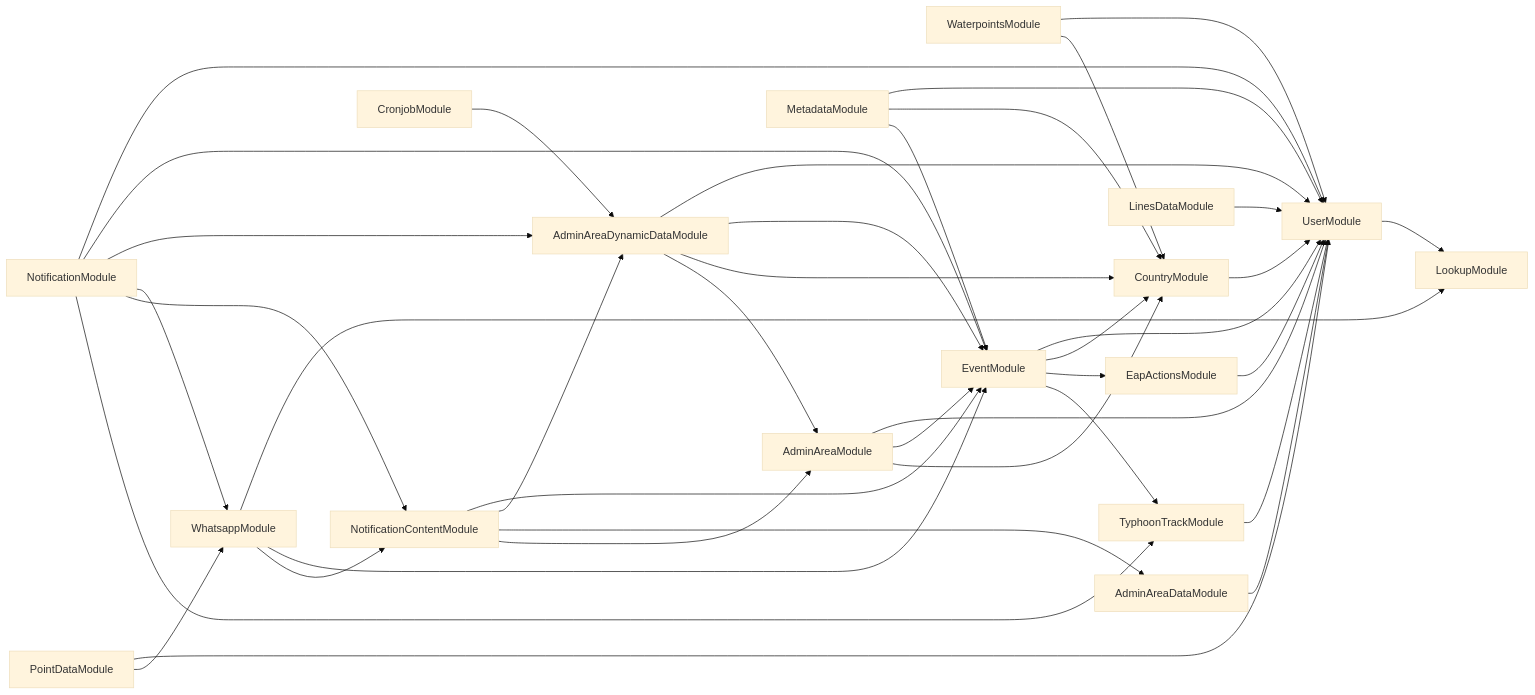
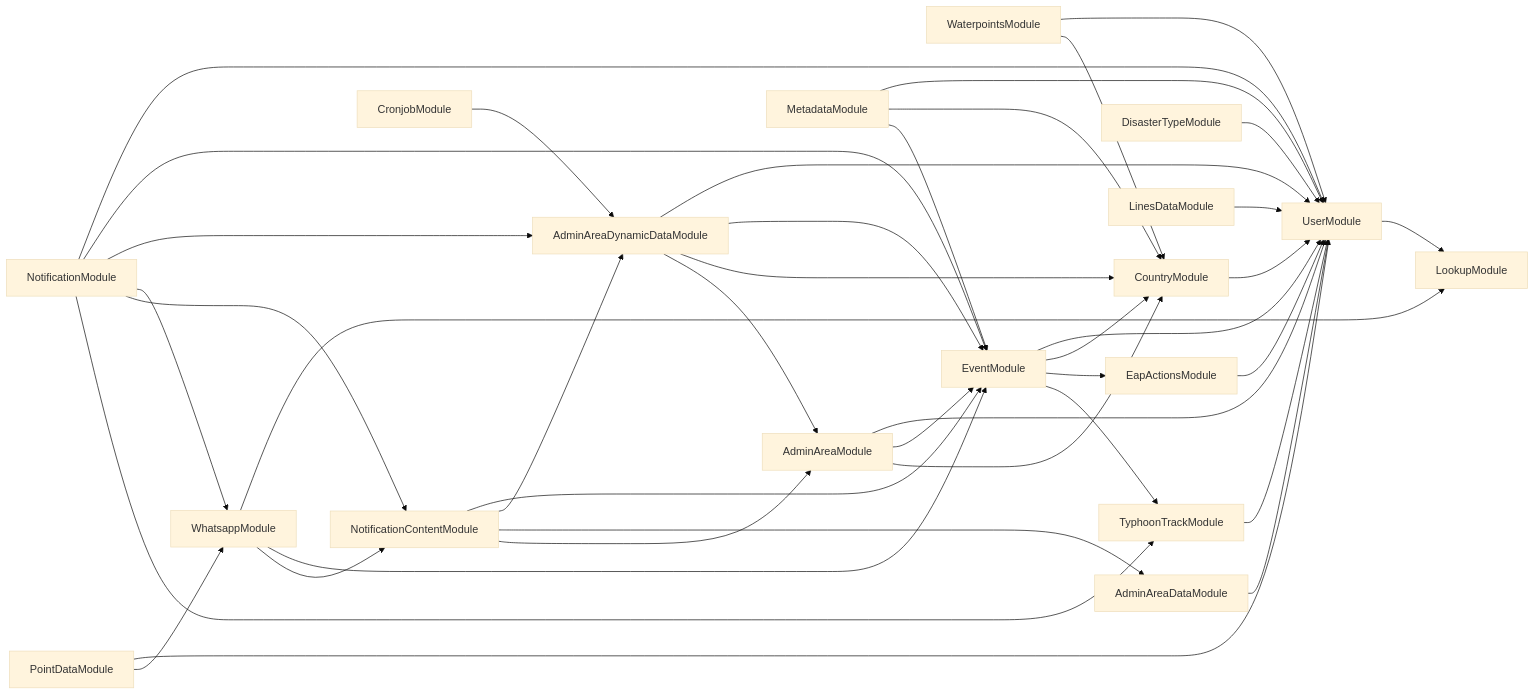
One commit to rodekruis/IBF-system changed the diagram in services/API-service/module-dependencies.md. Above: the diagram before and after it, drawn with Mermaid (base theme).

Commit message:
docs: update module dependencies

````diff
--- a/services/API-service/module-dependencies.md
+++ b/services/API-service/module-dependencies.md
@@ -3,41 +3,42 @@
 ```mermaid
 graph LR
   EapActionsModule-->UserModule
   UserModule-->LookupModule
   WaterpointsModule-->UserModule
   WaterpointsModule-->CountryModule
   CountryModule-->UserModule
   AdminAreaModule-->UserModule
   AdminAreaModule-->EventModule
   EventModule-->UserModule
   EventModule-->CountryModule
   EventModule-->EapActionsModule
   EventModule-->TyphoonTrackModule
   TyphoonTrackModule-->UserModule
   AdminAreaModule-->CountryModule
   AdminAreaDynamicDataModule-->UserModule
   AdminAreaDynamicDataModule-->EventModule
   AdminAreaDynamicDataModule-->CountryModule
   AdminAreaDynamicDataModule-->AdminAreaModule
+  DisasterTypeModule-->UserModule
   MetadataModule-->UserModule
   MetadataModule-->CountryModule
   MetadataModule-->EventModule
   PointDataModule-->UserModule
   PointDataModule-->WhatsappModule
   WhatsappModule-->LookupModule
   WhatsappModule-->EventModule
   WhatsappModule-->NotificationContentModule
   NotificationContentModule-->EventModule
   NotificationContentModule-->AdminAreaDynamicDataModule
   NotificationContentModule-->AdminAreaDataModule
   AdminAreaDataModule-->UserModule
   NotificationContentModule-->AdminAreaModule
   LinesDataModule-->UserModule
   NotificationModule-->UserModule
   NotificationModule-->EventModule
   NotificationModule-->AdminAreaDynamicDataModule
   NotificationModule-->WhatsappModule
   NotificationModule-->NotificationContentModule
   NotificationModule-->TyphoonTrackModule
   CronjobModule-->AdminAreaDynamicDataModule
 ```
````
